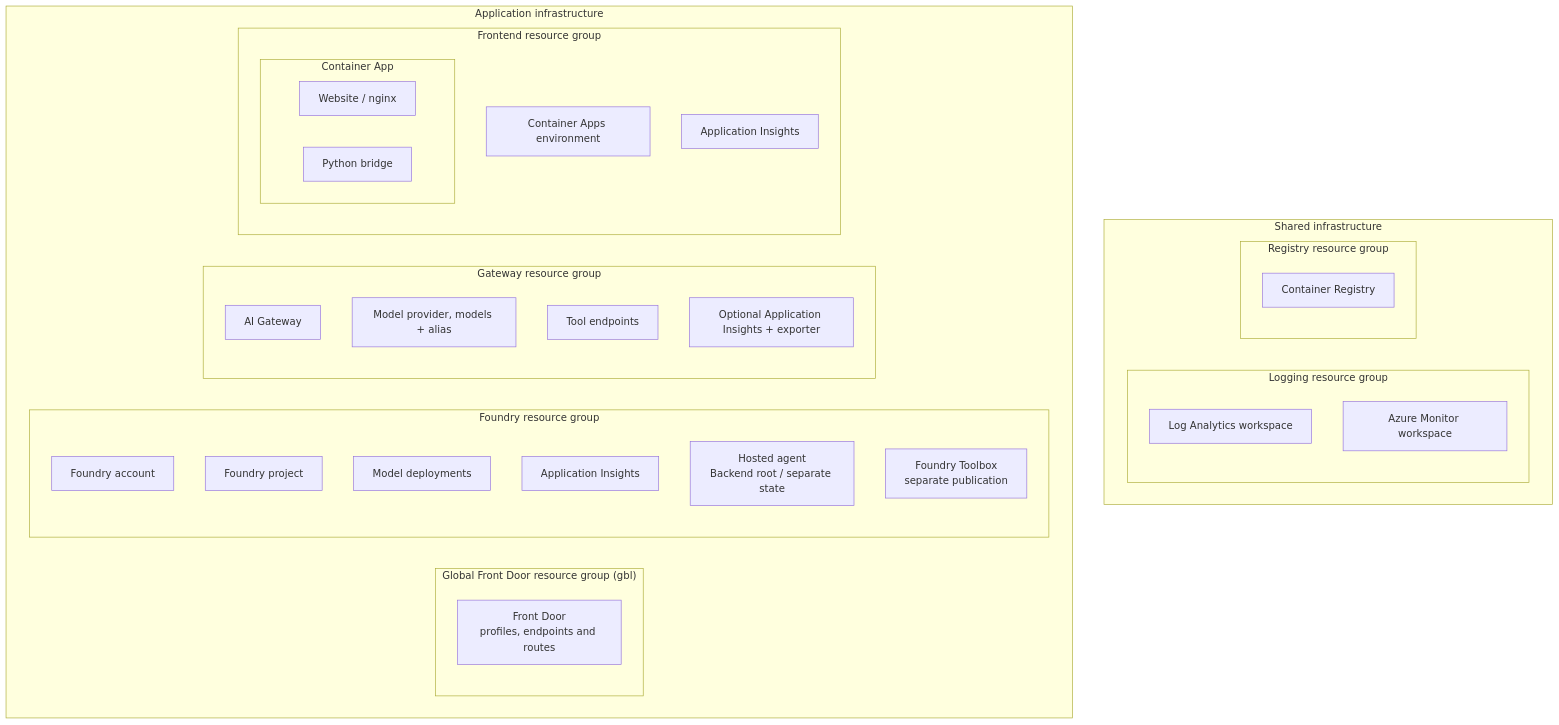
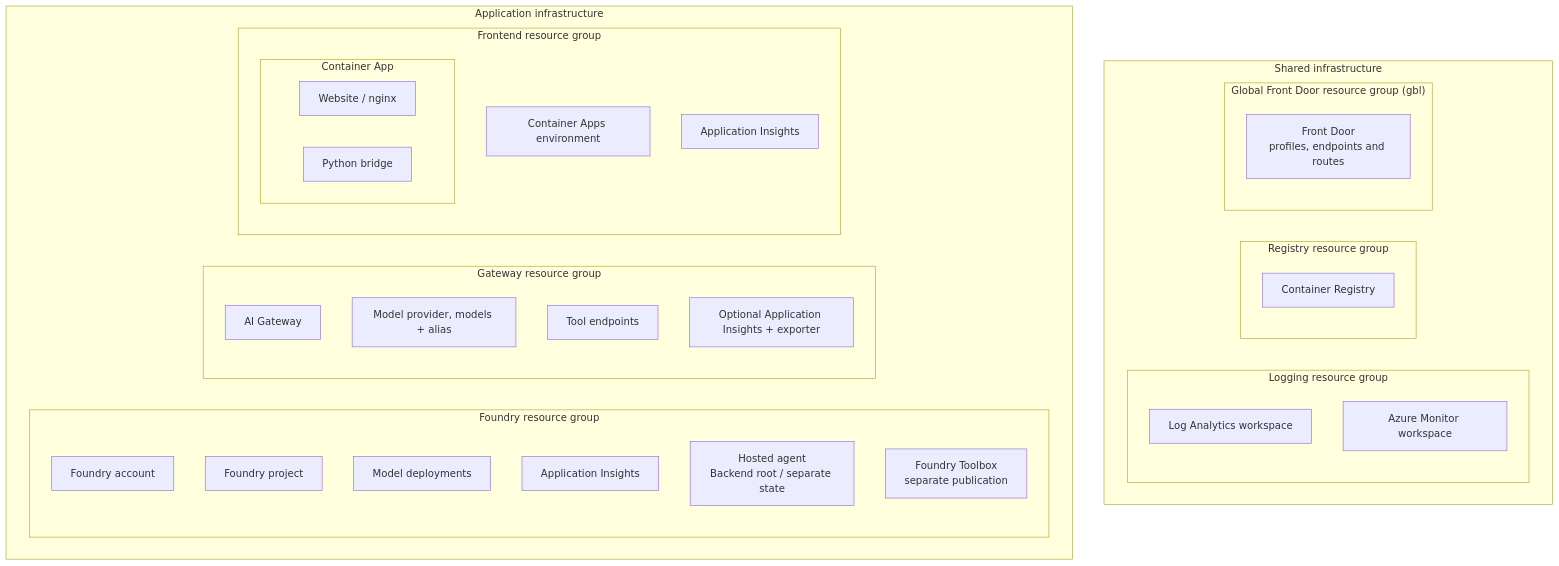
One commit to JFolberth/ski-school changed the diagram in infra/README.md. Above: the diagram before and after it, drawn with Mermaid. The commit also changed other lines of this file and 2 other files, not shown here.

Commit message:
Clarify Front Door shared infrastructure scope

````diff
--- a/infra/README.md
+++ b/infra/README.md
@@ -27,47 +27,47 @@
 ```mermaid
 flowchart TB
   subgraph Shared["Shared infrastructure"]
     direction LR
     subgraph LogRG["Logging resource group"]
       direction TB
       LogAnalytics["Log Analytics workspace"]
       Monitor["Azure Monitor workspace"]
     end
     subgraph RegistryRG["Registry resource group"]
       Registry["Container Registry"]
     end
+    subgraph GlobalRG["Global Front Door resource group (gbl)"]
+      FrontDoor["Front Door<br/>profiles, endpoints and routes"]
+    end
   end
 
   subgraph Application["Application infrastructure"]
     direction LR
-    subgraph GlobalRG["Global Front Door resource group (gbl)"]
-      FrontDoor["Front Door<br/>profiles, endpoints and routes"]
-    end
     subgraph FoundryRG["Foundry resource group"]
       direction TB
       Account["Foundry account"]
       Project["Foundry project"]
       Models["Model deployments"]
       Insights["Application Insights"]
       Agent["Hosted agent<br/>Backend root / separate state"]
       Toolbox["Foundry Toolbox<br/>separate publication"]
     end
     subgraph GatewayRG["Gateway resource group"]
       direction TB
       Gateway["AI Gateway"]
       Routing["Model provider, models + alias"]
       Tools["Tool endpoints"]
       GatewayInsights["Optional Application Insights + exporter"]
     end
     subgraph FrontendRG["Frontend resource group"]
       direction TB
       Environment["Container Apps environment"]
       subgraph FrontendApp["Container App"]
         direction LR
         Website["Website / nginx"]
         Bridge["Python bridge"]
       end
       FrontendInsights["Application Insights"]
     end
   end
 ```
````
